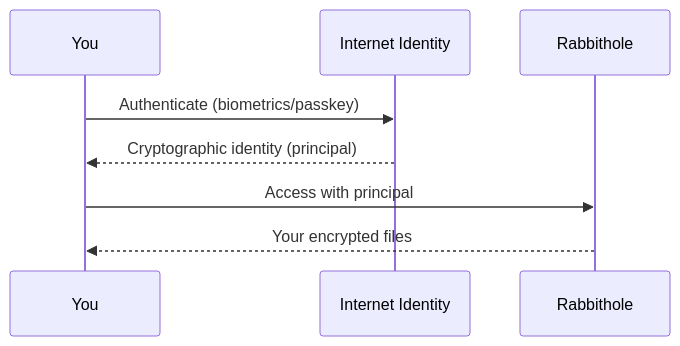
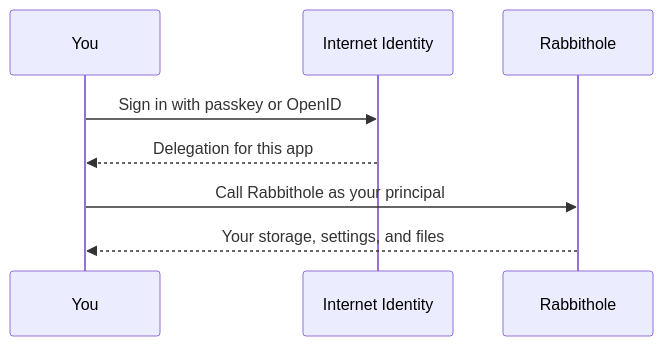
The first of 4 diagrams in apps/docs/src/en/how-it-works/authentication.md (rabbithole-app/v2), drawn with Mermaid before and after one commit. The commit also changed other lines of this file and 36 other files, not shown here.

````diff
--- a/apps/docs/src/en/how-it-works/authentication.md
+++ b/apps/docs/src/en/how-it-works/authentication.md
@@ -18,11 +30,11 @@
 ```mermaid
 sequenceDiagram
-    participant Y as You
+    participant U as You
     participant II as Internet Identity
     participant R as Rabbithole
 
-    Y->>II: Authenticate (biometrics/passkey)
-    II-->>Y: Cryptographic identity (principal)
-    Y->>R: Access with principal
-    R-->>Y: Your encrypted files
+    U->>II: Sign in with passkey or OpenID
+    II-->>U: Delegation for this app
+    U->>R: Call Rabbithole as your principal
+    R-->>U: Your storage, settings, and files
 ```
````
